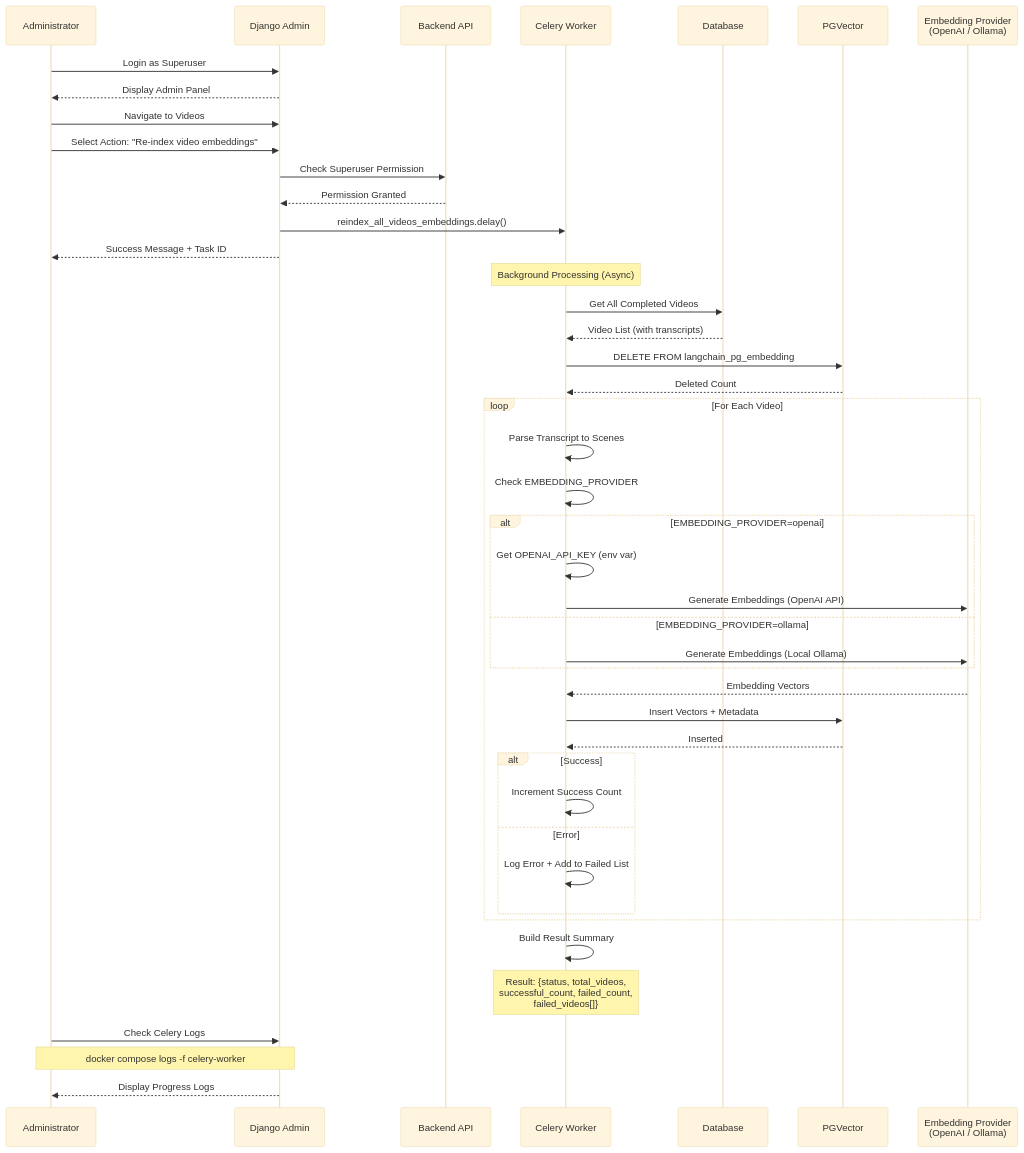
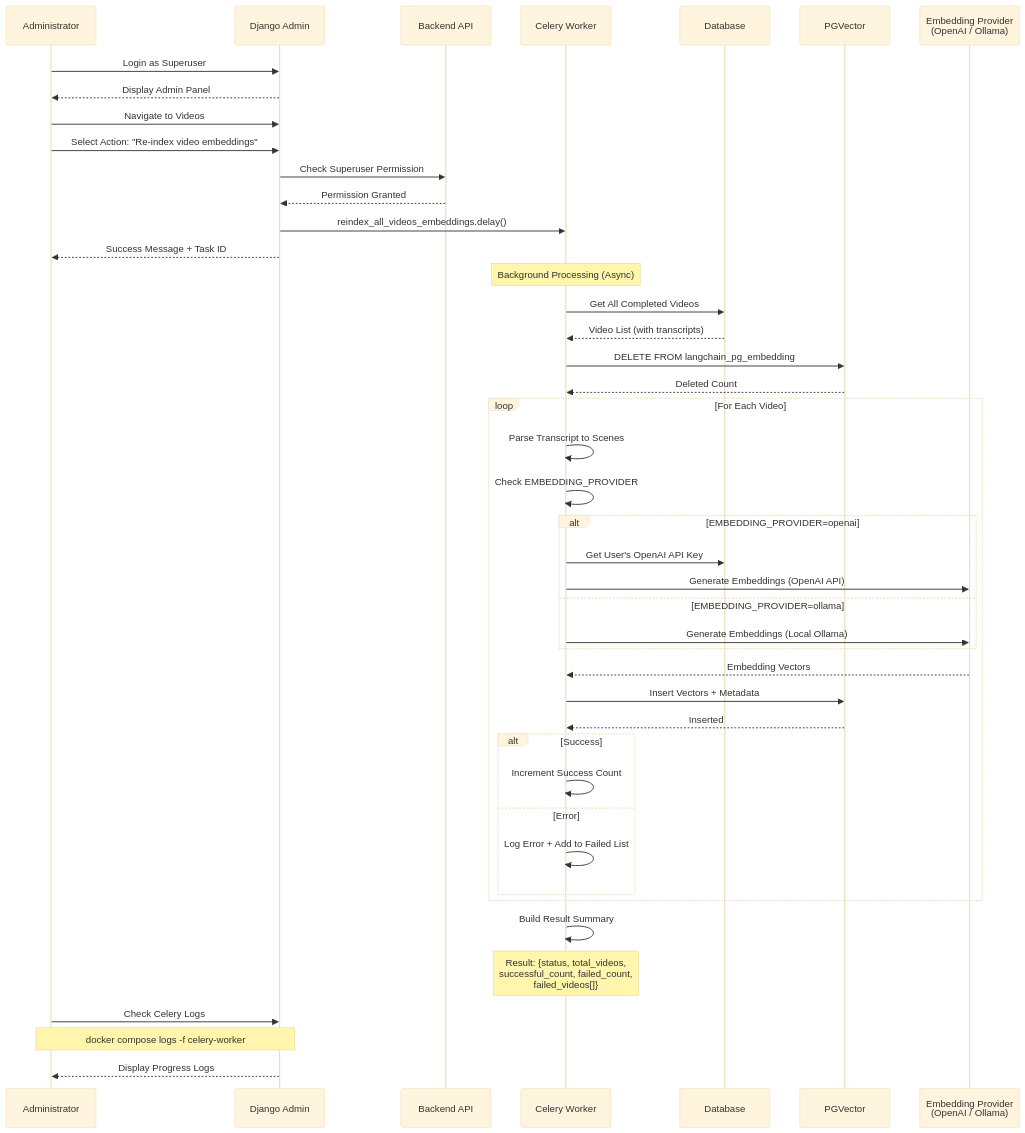
One commit to yukiharada1228/videoq changed the seventh of 11 diagrams in docs/design/sequence-diagram.md. Above: the diagram before and after it, drawn with Mermaid (base theme). The commit also changed other lines of this file and 5 other files, not shown here.

````diff
--- a/docs/design/sequence-diagram.md
+++ b/docs/design/sequence-diagram.md
@@ -238,58 +238,58 @@
 ```mermaid
 sequenceDiagram
     participant Admin as Administrator
     participant DjangoAdmin as Django Admin
     participant Backend as Backend API
     participant Celery as Celery Worker
     participant DB as Database
     participant PGVector as PGVector
     participant Embeddings as Embedding Provider<br/>(OpenAI / Ollama)
 
     Admin->>DjangoAdmin: Login as Superuser
     DjangoAdmin-->>Admin: Display Admin Panel
 
     Admin->>DjangoAdmin: Navigate to Videos
     Admin->>DjangoAdmin: Select Action: "Re-index video embeddings"
     DjangoAdmin->>Backend: Check Superuser Permission
     Backend-->>DjangoAdmin: Permission Granted
 
     DjangoAdmin->>Celery: reindex_all_videos_embeddings.delay()
     DjangoAdmin-->>Admin: Success Message + Task ID
 
     Note over Celery: Background Processing (Async)
 
     Celery->>DB: Get All Completed Videos
     DB-->>Celery: Video List (with transcripts)
 
     Celery->>PGVector: DELETE FROM langchain_pg_embedding
     PGVector-->>Celery: Deleted Count
 
     loop For Each Video
         Celery->>Celery: Parse Transcript to Scenes
         Celery->>Celery: Check EMBEDDING_PROVIDER
 
         alt EMBEDDING_PROVIDER=openai
-            Celery->>Celery: Get OPENAI_API_KEY (env var)
+            Celery->>DB: Get User's OpenAI API Key
             Celery->>Embeddings: Generate Embeddings (OpenAI API)
         else EMBEDDING_PROVIDER=ollama
             Celery->>Embeddings: Generate Embeddings (Local Ollama)
         end
 
         Embeddings-->>Celery: Embedding Vectors
         Celery->>PGVector: Insert Vectors + Metadata
         PGVector-->>Celery: Inserted
 
         alt Success
             Celery->>Celery: Increment Success Count
         else Error
             Celery->>Celery: Log Error + Add to Failed List
         end
     end
 
     Celery->>Celery: Build Result Summary
     Note over Celery: Result: {status, total_videos,<br/>successful_count, failed_count,<br/>failed_videos[]}
 
     Admin->>DjangoAdmin: Check Celery Logs
     Note over Admin,DjangoAdmin: docker compose logs -f celery-worker
     DjangoAdmin-->>Admin: Display Progress Logs
 ```
````
